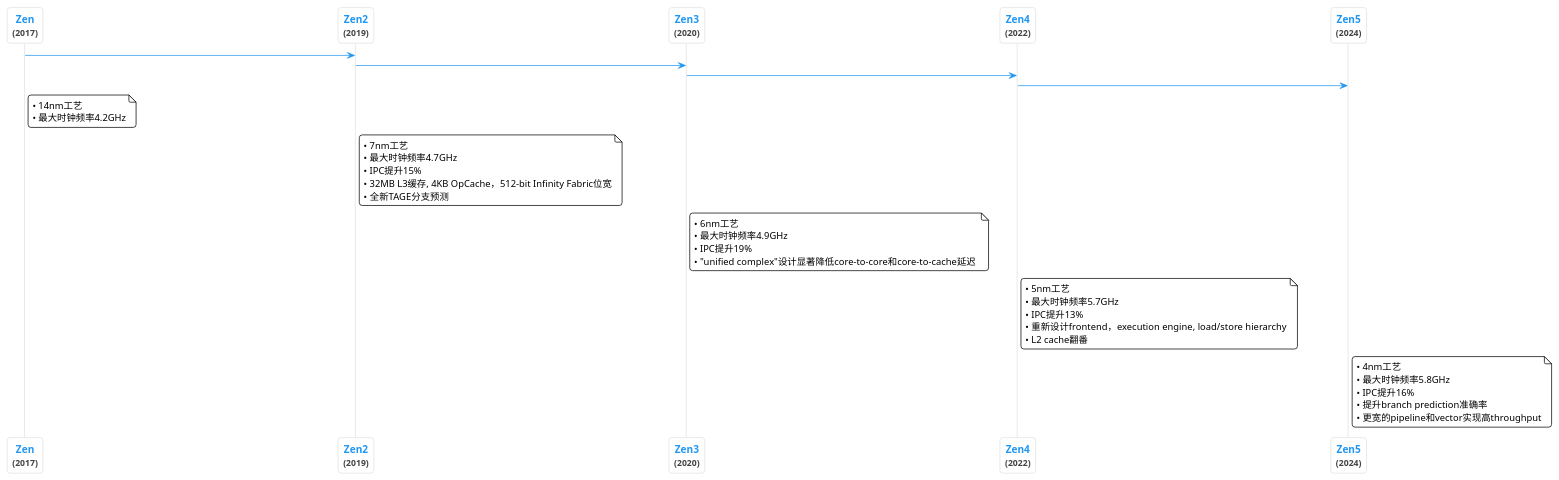
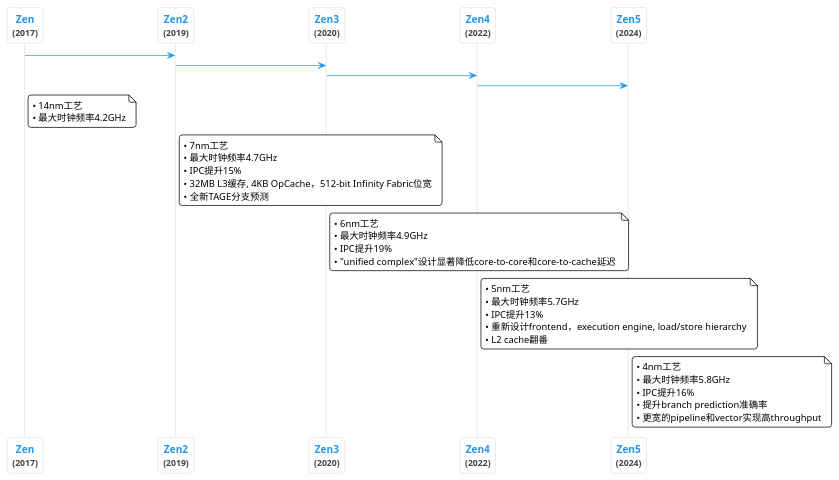
One commit to UniqueMR/PQVC changed the diagram in docs/diagrams/zen_evolution.puml. Above: the diagram before and after it, drawn with PlantUML. The commit also changed 2 other files, not shown here.

```diff
--- a/docs/diagrams/zen_evolution.puml
+++ b/docs/diagrams/zen_evolution.puml
@@ -1,74 +1,74 @@
 @startuml
 !theme plain
 skinparam backgroundColor transparent
 skinparam sequence {
     MessageAlign center
     ArrowColor #2196F3
     LifeLineBorderColor #E0E0E0
     LifeLineBackgroundColor #FAFAFA
     LifeLineThickness 2
     ParticipantBorderColor #E0E0E0
     ParticipantBackgroundColor #FFFFFF
     ParticipantFontStyle bold
     ParticipantFontColor #424242
     ParticipantFontSize 14
     MessageFontSize 13
     MessageFontColor #424242
     NoteBorderColor #E0E0E0
     NoteBackgroundColor #FFFFFF
     NoteFontColor #424242
     NoteFontSize 12
 }
 
-skinparam ParticipantPadding 200
+skinparam ParticipantPadding 75
 skinparam BoxPadding 10
 skinparam Shadowing false
 skinparam RoundCorner 8
 
 participant "<color:#2196F3>Zen</color>\n<size:12>(2017)</size>" as Zen
 participant "<color:#2196F3>Zen2</color>\n<size:12>(2019)</size>" as Zen2
 participant "<color:#2196F3>Zen3</color>\n<size:12>(2020)</size>" as Zen3
 participant "<color:#2196F3>Zen4</color>\n<size:12>(2022)</size>" as Zen4
 participant "<color:#2196F3>Zen5</color>\n<size:12>(2024)</size>" as Zen5
 
 Zen -[#2196F3]> Zen2 
 Zen2 -[#2196F3]> Zen3 
 Zen3 -[#2196F3]> Zen4 
 Zen4 -[#2196F3]> Zen5 
 
 note right of Zen
   • 14nm工艺
   • 最大时钟频率4.2GHz
 end note
 
 note right of Zen2
   • 7nm工艺
   • 最大时钟频率4.7GHz
   • IPC提升15%
   • 32MB L3缓存, 4KB OpCache，512-bit Infinity Fabric位宽
   • 全新TAGE分支预测
 end note
 
 note right of Zen3
   • 6nm工艺
   • 最大时钟频率4.9GHz
   • IPC提升19%
   • "unified complex"设计显著降低core-to-core和core-to-cache延迟 
 end note
 
 note right of Zen4
   • 5nm工艺
   • 最大时钟频率5.7GHz
   • IPC提升13%
   • 重新设计frontend，execution engine, load/store hierarchy
   • L2 cache翻番
 end note
 
 note right of Zen5
   • 4nm工艺
   • 最大时钟频率5.8GHz
   • IPC提升16%
   • 提升branch prediction准确率
   • 更宽的pipeline和vector实现高throughput
 end note
 @enduml 
```
